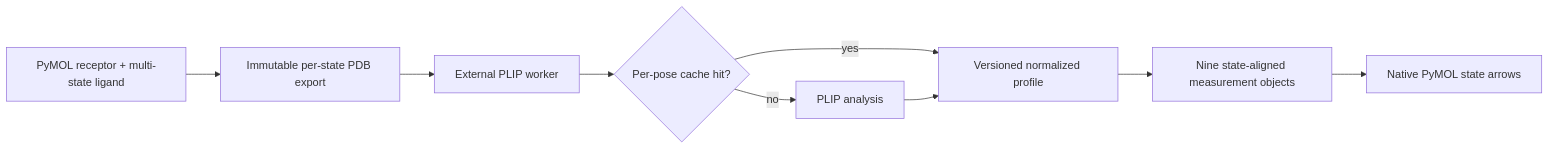
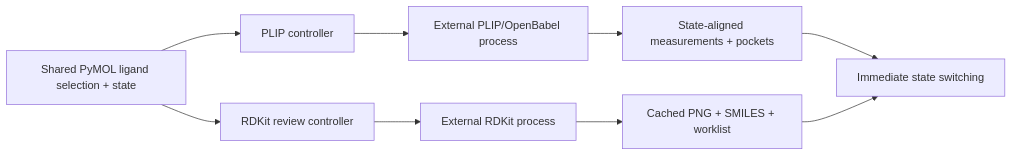
One commit to DKchemistry/pymol-plip-pose-inspector changed the diagram in docs/ARCHITECTURE.md. Above: the diagram before and after it, drawn with Mermaid. The commit also changed other lines of this file and 14 other files, not shown here.

````diff
--- a/docs/ARCHITECTURE.md
+++ b/docs/ARCHITECTURE.md
@@ -15,11 +16,11 @@
 ```mermaid
 flowchart LR
-    A["PyMOL receptor + multi-state ligand"] --> B["Immutable per-state PDB export"]
-    B --> C["External PLIP worker"]
-    C --> D{"Per-pose cache hit?"}
-    D -->|yes| E["Versioned normalized profile"]
-    D -->|no| F["PLIP analysis"]
-    F --> E
-    E --> G["Nine state-aligned measurement objects"]
-    G --> H["Native PyMOL state arrows"]
+    A["Shared PyMOL ligand selection + state"] --> B["PLIP controller"]
+    A --> C["RDKit review controller"]
+    B --> D["External PLIP/OpenBabel process"]
+    C --> E["External RDKit process"]
+    D --> F["State-aligned measurements + pockets"]
+    E --> G["Cached PNG + SMILES + worklist"]
+    F --> H["Immediate state switching"]
+    G --> H
 ```
````
